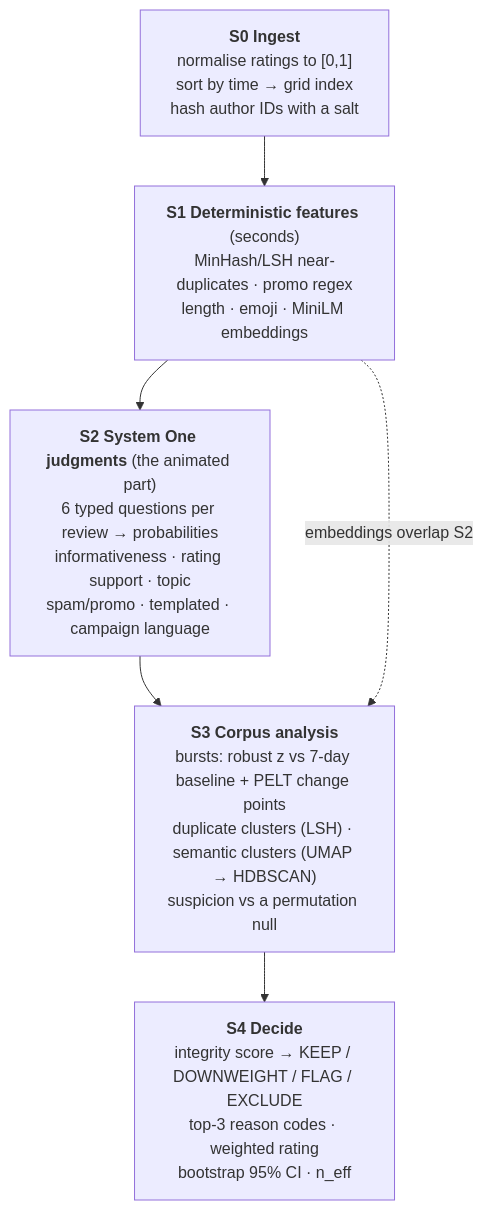
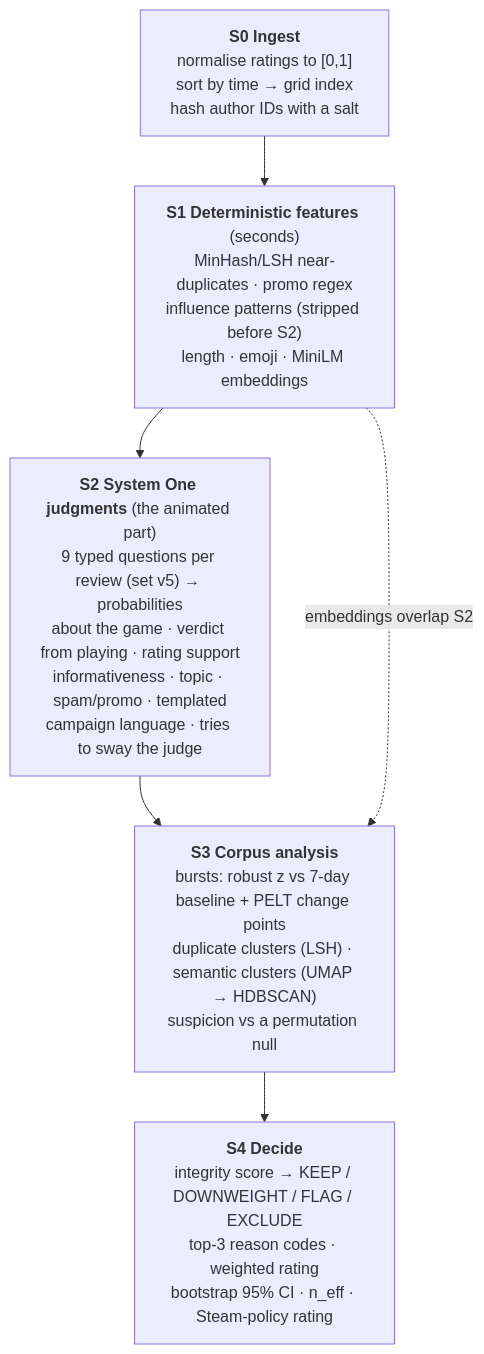
One commit to VaibhaVSharmaVvs/RatingIntegrityEngine changed the second of 4 diagrams in docs/ARCHITECTURE.md. Above: the diagram before and after it, drawn with Mermaid. The commit also changed other lines of this file and 9 other files, not shown here.

````diff
--- a/docs/ARCHITECTURE.md
+++ b/docs/ARCHITECTURE.md
@@ -50,10 +50,10 @@
 ```mermaid
 flowchart TB
   S0["<b>S0 Ingest</b><br/>normalise ratings to [0,1]<br/>sort by time → grid index<br/>hash author IDs with a salt"]
-  S1["<b>S1 Deterministic features</b> (seconds)<br/>MinHash/LSH near-duplicates · promo regex<br/>length · emoji · MiniLM embeddings"]
-  S2["<b>S2 System One judgments</b> (the animated part)<br/>6 typed questions per review → probabilities<br/>informativeness · rating support · topic<br/>spam/promo · templated · campaign language"]
+  S1["<b>S1 Deterministic features</b> (seconds)<br/>MinHash/LSH near-duplicates · promo regex<br/>influence patterns (stripped before S2)<br/>length · emoji · MiniLM embeddings"]
+  S2["<b>S2 System One judgments</b> (the animated part)<br/>9 typed questions per review (set v5) → probabilities<br/>about the game · verdict from playing · rating support<br/>informativeness · topic · spam/promo · templated<br/>campaign language · tries to sway the judge"]
   S3["<b>S3 Corpus analysis</b><br/>bursts: robust z vs 7-day baseline + PELT change points<br/>duplicate clusters (LSH) · semantic clusters (UMAP → HDBSCAN)<br/>suspicion vs a permutation null"]
-  S4["<b>S4 Decide</b><br/>integrity score → KEEP / DOWNWEIGHT / FLAG / EXCLUDE<br/>top-3 reason codes · weighted rating<br/>bootstrap 95% CI · n_eff"]
+  S4["<b>S4 Decide</b><br/>integrity score → KEEP / DOWNWEIGHT / FLAG / EXCLUDE<br/>top-3 reason codes · weighted rating<br/>bootstrap 95% CI · n_eff · Steam-policy rating"]
   S0 --> S1 --> S2 --> S3 --> S4
   S1 -. "embeddings overlap S2" .-> S3
 ```
````
